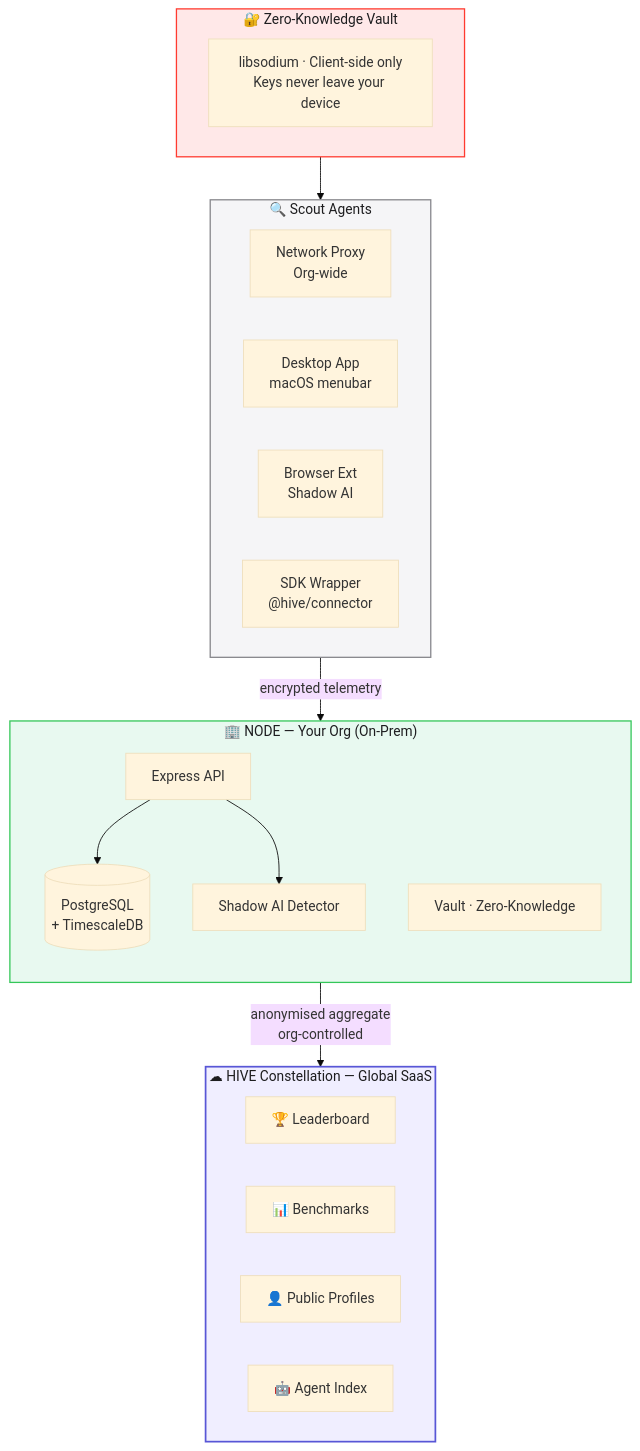
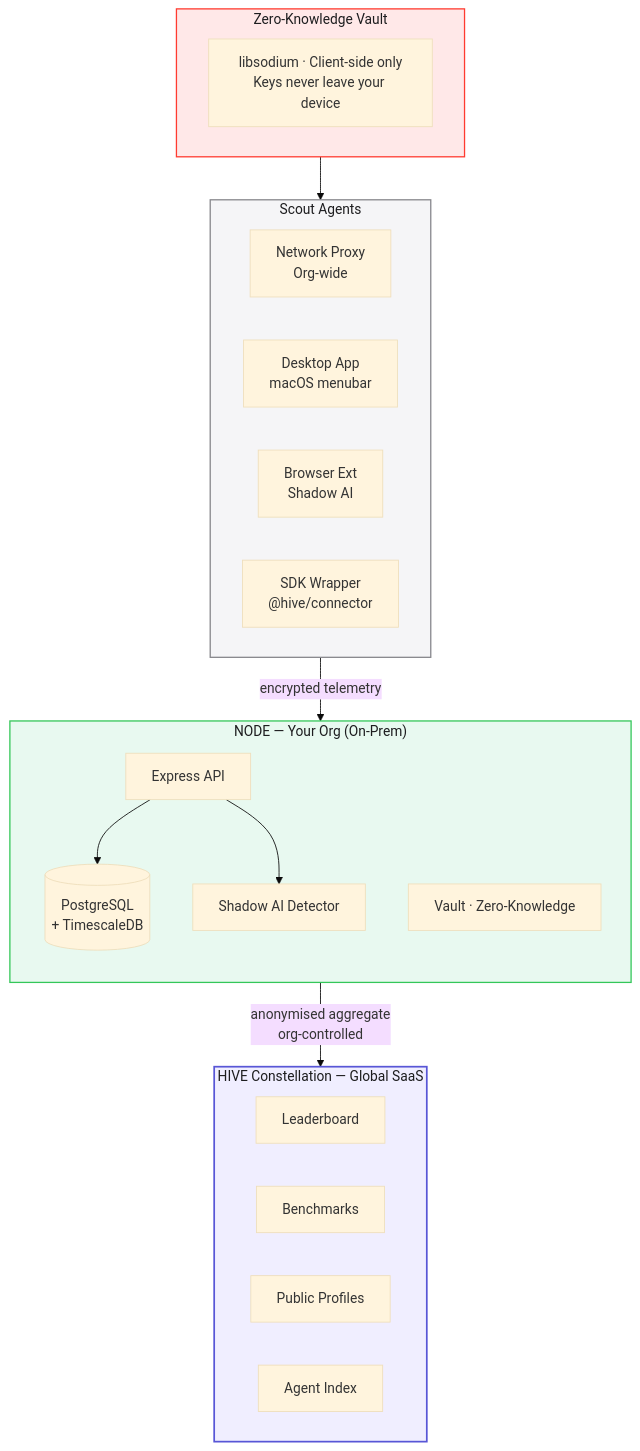
One commit to vishalm/hivehq changed the first of 9 diagrams in README.md. Above: the diagram before and after it, drawn with Mermaid (base theme). The commit also changed other lines of this file and 6 other files, not shown here.

````diff
--- a/README.md
+++ b/README.md
@@ -69,40 +69,40 @@
 ```mermaid
 graph TB
-    subgraph HIVE ["☁  HIVE Constellation — Global SaaS"]
+    subgraph HIVE ["HIVE Constellation — Global SaaS"]
         direction LR
-        LB["🏆 Leaderboard"]
-        BM["📊 Benchmarks"]
-        PP["👤 Public Profiles"]
-        AI["🤖 Agent Index"]
+        LB["Leaderboard"]
+        BM["Benchmarks"]
+        PP["Public Profiles"]
+        AI["Agent Index"]
     end
 
-    subgraph NODE ["🏢 NODE — Your Org (On-Prem)"]
+    subgraph NODE ["NODE — Your Org (On-Prem)"]
         direction TB
         EX["Express API"]
         PG[("PostgreSQL\n+ TimescaleDB")]
         SH["Shadow AI Detector"]
         VT["Vault · Zero-Knowledge"]
         EX --> PG & SH
     end
 
-    subgraph SCOUTS ["🔍 Scout Agents"]
+    subgraph SCOUTS ["Scout Agents"]
         direction LR
         S1["Network Proxy\nOrg-wide"]
         S2["Desktop App\nmacOS menubar"]
         S3["Browser Ext\nShadow AI"]
         S4["SDK Wrapper\n@hive/connector"]
     end
 
-    subgraph VAULT ["🔐 Zero-Knowledge Vault"]
+    subgraph VAULT ["Zero-Knowledge Vault"]
         V1["libsodium · Client-side only\nKeys never leave your device"]
     end
 
     VAULT --> SCOUTS
     SCOUTS -->|"encrypted telemetry"| NODE
     NODE -->|"anonymised aggregate\norg-controlled"| HIVE
 
     style HIVE fill:#F0EEFF,stroke:#5856D6,stroke-width:2px,color:#1D1D1F
     style NODE fill:#E8F9F0,stroke:#34C759,stroke-width:1.5px,color:#1D1D1F
     style SCOUTS fill:#F5F5F7,stroke:#86868B,stroke-width:1.5px,color:#1D1D1F
     style VAULT fill:#FFE8E8,stroke:#FF3B30,stroke-width:1.5px,color:#1D1D1F
 ```
````
